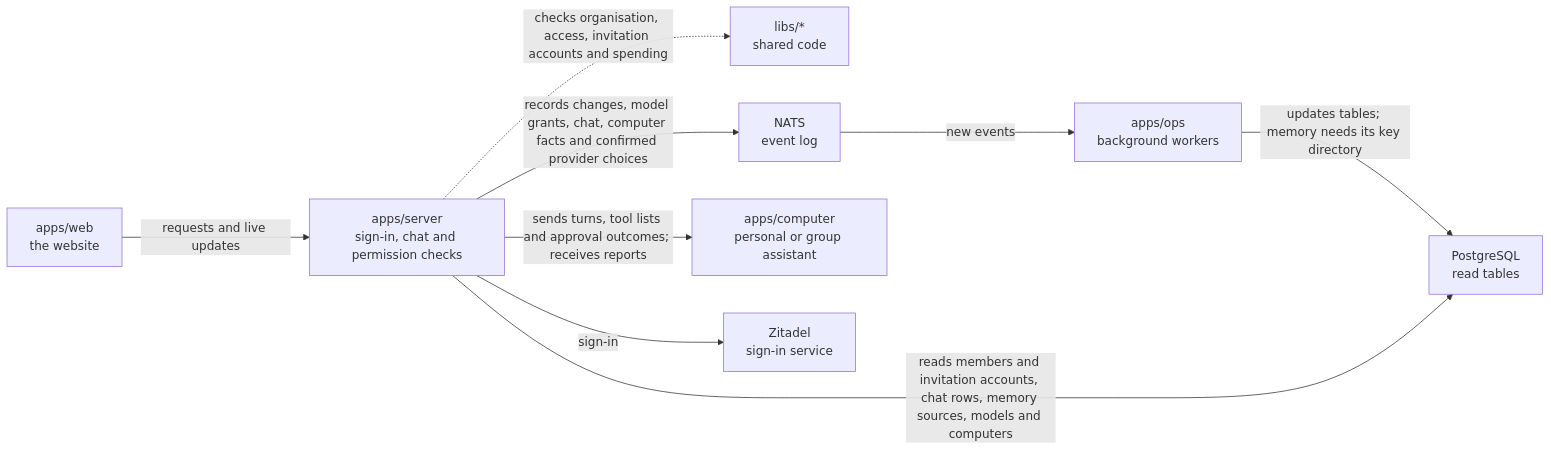
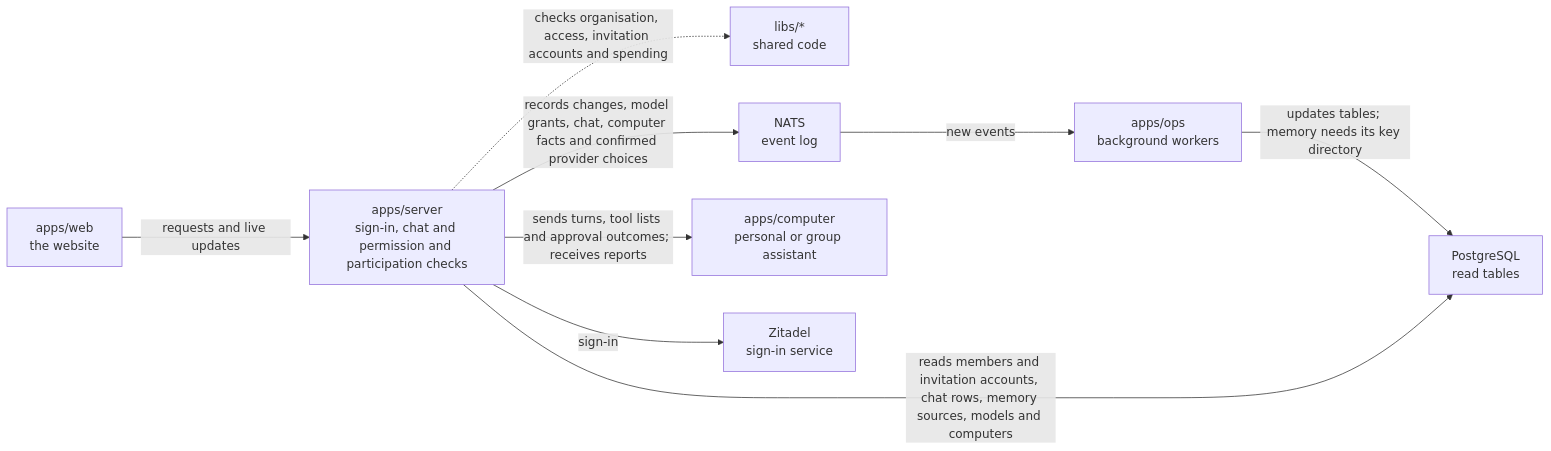
One commit to elewa-git/opencrane-new changed the diagram in apps/server/README.md. Above: the diagram before and after it, drawn with Mermaid. The commit also changed other lines of this file and 25 other files, not shown here.

````diff
--- a/apps/server/README.md
+++ b/apps/server/README.md
@@ -11,11 +11,11 @@
 ```mermaid
 flowchart LR
-  web["apps/web<br/>the website"] -->|requests and live updates| server["apps/server<br/>sign-in, chat and permission checks"]
+  web["apps/web<br/>the website"] -->|requests and live updates| server["apps/server<br/>sign-in, chat and permission and participation checks"]
   server -.->|checks organisation, access, invitation accounts and spending| libs["libs/*<br/>shared code"]
   server -->|records changes, model grants, chat, computer facts and confirmed provider choices| nats["NATS<br/>event log"]
   nats -->|new events| ops["apps/ops<br/>background workers"]
   ops -->|updates tables; memory needs its key directory| postgres["PostgreSQL<br/>read tables"]
   server -->|reads members and invitation accounts, chat rows, memory sources, models and computers| postgres
   server -->|sends turns, tool lists and approval outcomes; receives reports| computer["apps/computer<br/>personal or group assistant"]
   server -->|sign-in| zitadel["Zitadel<br/>sign-in service"]
 ```
````
